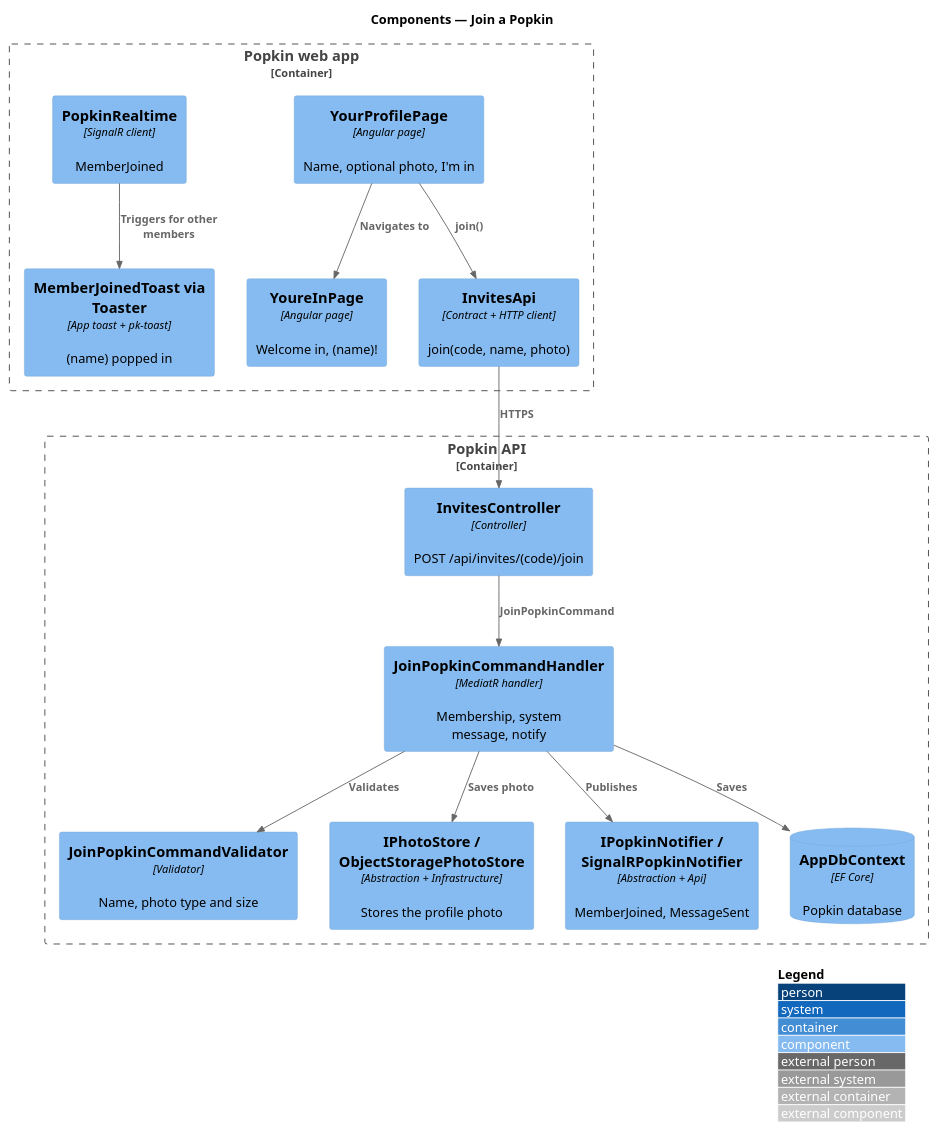
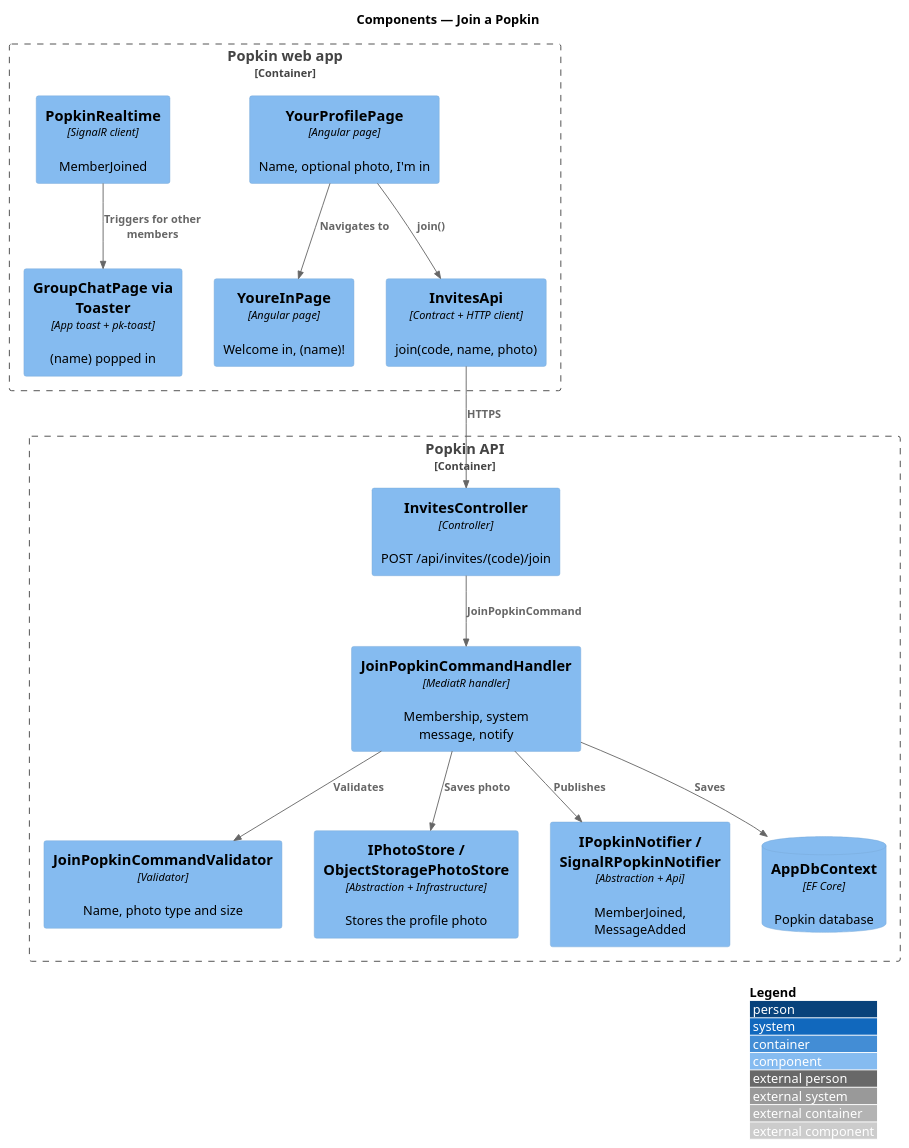
Before and after one commit to QuinntyneBrown/popkin: the diagram in docs/detailed-designs/invitations/join-popkin/diagrams/c4-component.puml, drawn with PlantUML. The commit also changed 54 other files, not shown here.

```diff
--- a/docs/detailed-designs/invitations/join-popkin/diagrams/c4-component.puml
+++ b/docs/detailed-designs/invitations/join-popkin/diagrams/c4-component.puml
@@ -1,30 +1,30 @@
 @startuml
 !include <C4/C4_Component>
 LAYOUT_WITH_LEGEND()
 title Components — Join a Popkin
 
 Container_Boundary(spa, "Popkin web app") {
   Component(profile, "YourProfilePage", "Angular page", "Name, optional photo, I'm in")
   Component(welcome, "YoureInPage", "Angular page", "Welcome in, (name)!")
-  Component(toast, "MemberJoinedToast via Toaster", "App toast + pk-toast", "(name) popped in")
+  Component(toast, "GroupChatPage via Toaster", "App toast + pk-toast", "(name) popped in")
   Component(iapi, "InvitesApi", "Contract + HTTP client", "join(code, name, photo)")
   Component(rt, "PopkinRealtime", "SignalR client", "MemberJoined")
 }
 Container_Boundary(api, "Popkin API") {
   Component(ctrl, "InvitesController", "Controller", "POST /api/invites/(code)/join")
   Component(handler, "JoinPopkinCommandHandler", "MediatR handler", "Membership, system message, notify")
   Component(val, "JoinPopkinCommandValidator", "Validator", "Name, photo type and size")
   Component(photos, "IPhotoStore / ObjectStoragePhotoStore", "Abstraction + Infrastructure", "Stores the profile photo")
-  Component(notifier, "IPopkinNotifier / SignalRPopkinNotifier", "Abstraction + Api", "MemberJoined, MessageSent")
+  Component(notifier, "IPopkinNotifier / SignalRPopkinNotifier", "Abstraction + Api", "MemberJoined, MessageAdded")
   ComponentDb(db, "AppDbContext", "EF Core", "Popkin database")
 }
 Rel(profile, iapi, "join()")
 Rel(profile, welcome, "Navigates to")
 Rel(rt, toast, "Triggers for other members")
 Rel(iapi, ctrl, "HTTPS")
 Rel(ctrl, handler, "JoinPopkinCommand")
 Rel(handler, val, "Validates")
 Rel(handler, photos, "Saves photo")
 Rel(handler, db, "Saves")
 Rel(handler, notifier, "Publishes")
 @enduml
```
